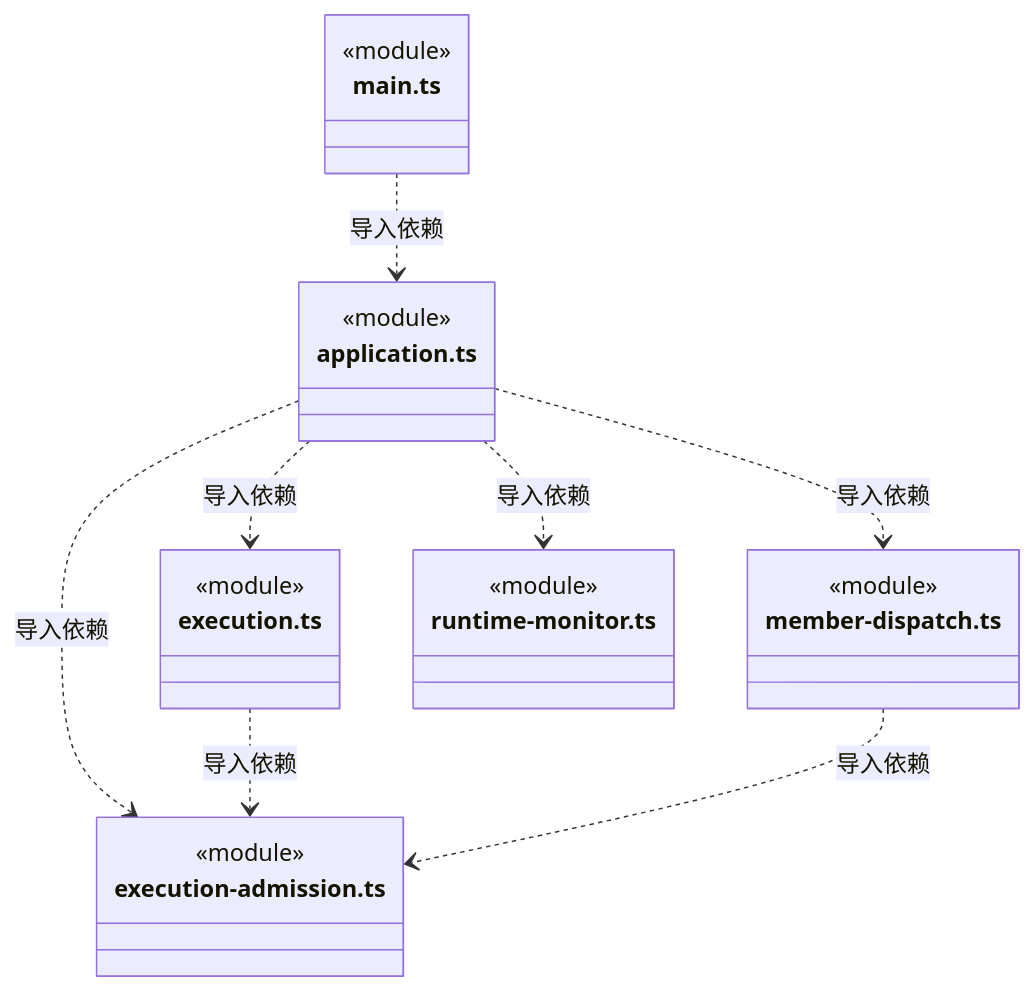
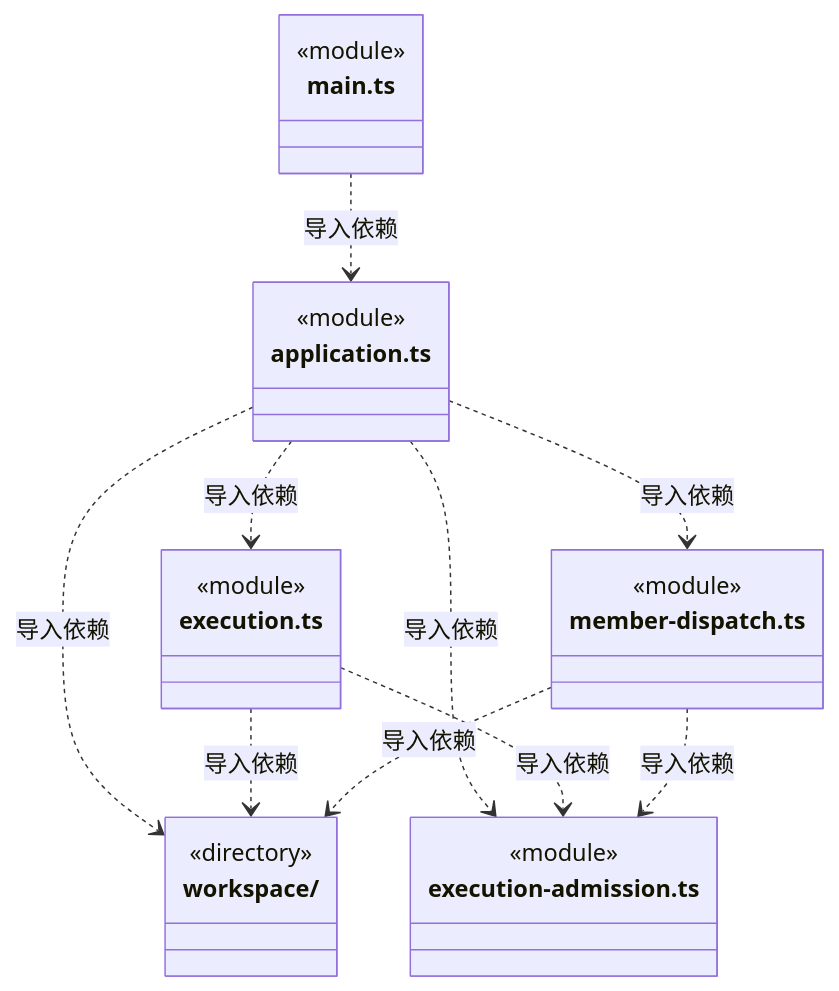
Before and after one commit to nan023062/cbim: the second of 6 diagrams in src/backend/main/ARCHITECTURE.md, drawn with Mermaid. The commit also changed other lines of this file and 50 other files, not shown here.

````diff
--- a/src/backend/main/ARCHITECTURE.md
+++ b/src/backend/main/ARCHITECTURE.md
@@ -53,28 +51,30 @@
 ```mermaid
 classDiagram
+class N_src_backend_main_workspace["workspace/"] {
+  <<directory>>
+}
 class N_src_backend_main_application_ts["application.ts"] {
   <<module>>
 }
 class N_src_backend_main_execution_admission_ts["execution-admission.ts"] {
   <<module>>
 }
 class N_src_backend_main_execution_ts["execution.ts"] {
   <<module>>
 }
 class N_src_backend_main_main_ts["main.ts"] {
   <<module>>
 }
 class N_src_backend_main_member_dispatch_ts["member-dispatch.ts"] {
   <<module>>
 }
-class N_src_backend_main_runtime_monitor_ts["runtime-monitor.ts"] {
-  <<module>>
-}
 N_src_backend_main_application_ts ..> N_src_backend_main_execution_ts : 导入依赖
 N_src_backend_main_application_ts ..> N_src_backend_main_member_dispatch_ts : 导入依赖
 N_src_backend_main_application_ts ..> N_src_backend_main_execution_admission_ts : 导入依赖
-N_src_backend_main_application_ts ..> N_src_backend_main_runtime_monitor_ts : 导入依赖
+N_src_backend_main_application_ts ..> N_src_backend_main_workspace : 导入依赖
+N_src_backend_main_execution_ts ..> N_src_backend_main_workspace : 导入依赖
 N_src_backend_main_execution_ts ..> N_src_backend_main_execution_admission_ts : 导入依赖
 N_src_backend_main_main_ts ..> N_src_backend_main_application_ts : 导入依赖
+N_src_backend_main_member_dispatch_ts ..> N_src_backend_main_workspace : 导入依赖
 N_src_backend_main_member_dispatch_ts ..> N_src_backend_main_execution_admission_ts : 导入依赖
 ```
````
